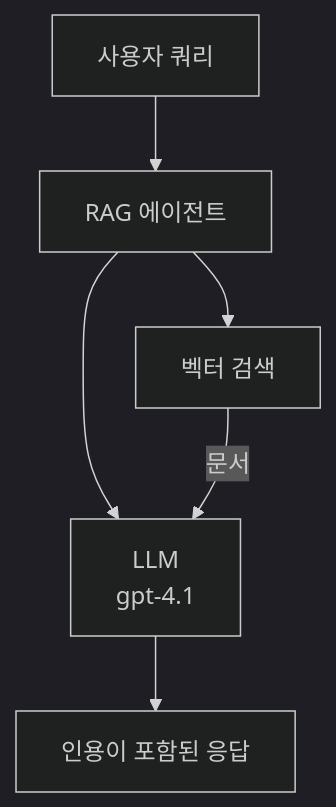
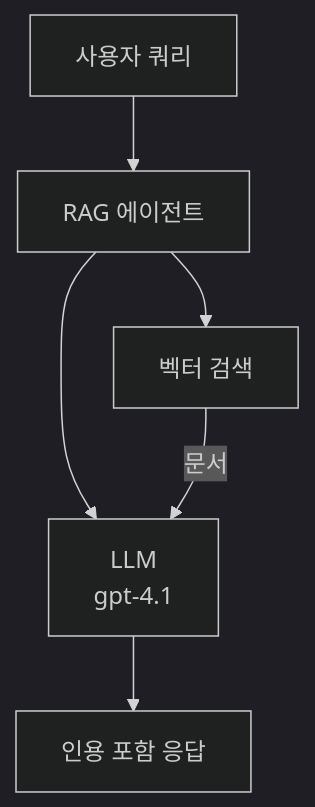
One commit to microsoft/AZD-for-beginners changed the second of 3 diagrams in translations/ko/docs/chapter-02-ai-development/agents.md. Above: the diagram before and after it, drawn with Mermaid (dark theme). The commit also changed other lines of this file and 104 other files, not shown here.

````diff
--- a/translations/ko/docs/chapter-02-ai-development/agents.md
+++ b/translations/ko/docs/chapter-02-ai-development/agents.md
@@ -175,8 +181,8 @@
 ```mermaid
 graph TD
     Query[사용자 쿼리] --> RAG[RAG 에이전트]
     RAG --> Vector[벡터 검색]
     RAG --> LLM[LLM<br/>gpt-4.1]
     Vector -- 문서 --> LLM
-    LLM --> Response[인용이 포함된 응답]
+    LLM --> Response[인용 포함 응답]
 ```
````
